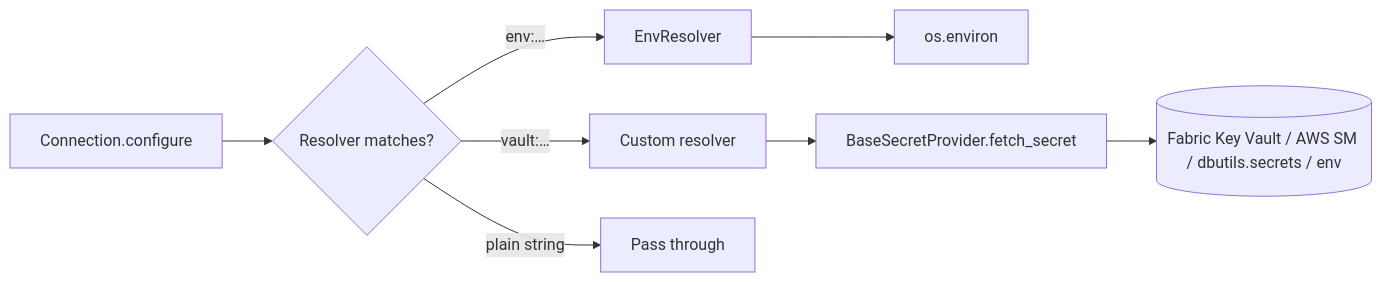
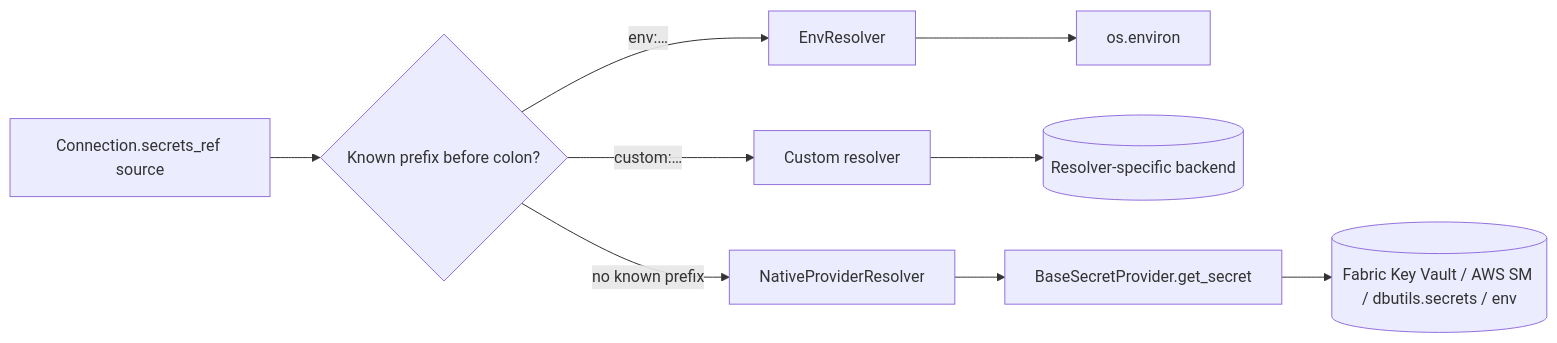
Before and after one commit to datacoolie/datacoolie: the diagram in docs/concepts/secrets.md, drawn with Mermaid. The commit also changed other lines of this file and 70 other files, not shown here.

````diff
--- a/docs/concepts/secrets.md
+++ b/docs/concepts/secrets.md
@@ -15,10 +15,11 @@
 ```mermaid
 flowchart LR
-    A[Connection.configure] --> B{Resolver matches?}
+    A[Connection.secrets_ref source] --> B{Known prefix before colon?}
     B -->|env:…| C[EnvResolver]
-    B -->|vault:…| D[Custom resolver]
-    B -->|plain string| E[Pass through]
+    B -->|custom:…| D[Custom resolver]
+    B -->|no known prefix| E[NativeProviderResolver]
     C --> F[os.environ]
-    D --> G[BaseSecretProvider.fetch_secret]
-    G --> H[(Fabric Key Vault / AWS SM / dbutils.secrets / env)]
+    D --> G[(Resolver-specific backend)]
+    E --> H[BaseSecretProvider.get_secret]
+    H --> I[(Fabric Key Vault / AWS SM / dbutils.secrets / env)]
 ```
````
